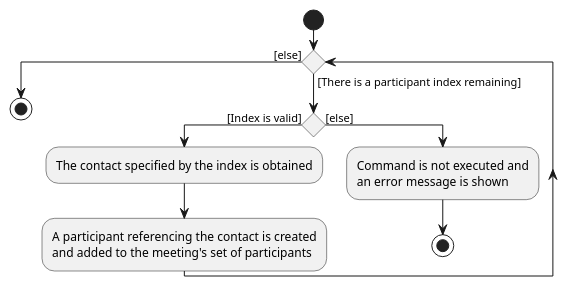
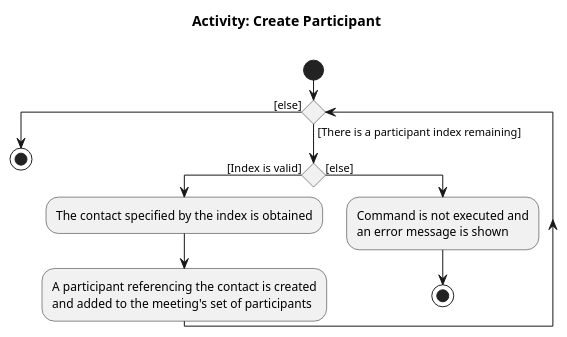
Before and after one commit to tomascherian/tp: the diagram in docs/diagrams/CreateParticipantActivityDiagram.puml, drawn with PlantUML. The commit also changed 9 other files, not shown here.

```diff
--- a/docs/diagrams/CreateParticipantActivityDiagram.puml
+++ b/docs/diagrams/CreateParticipantActivityDiagram.puml
@@ -1,24 +1,25 @@
 @startuml
+title Activity: Create Participant\n
 start
 
 
 'Since the beta syntax does not support placing the condition outside the
 'diamond we place it as the true branch instead.
 
 
     while () is ([There is a participant index remaining])
     if () then ([Index is valid])
 
     :The contact specified by the index is obtained;
     :A participant referencing the contact is created
     and added to the meeting's set of participants;
     else ([else])
     :Command is not executed and
     an error message is shown ;
     stop
     endif
     endwhile ([else])
     stop
 stop
 
 @enduml
```
